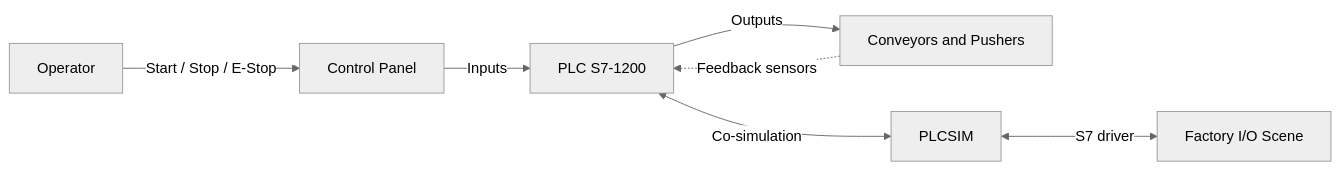
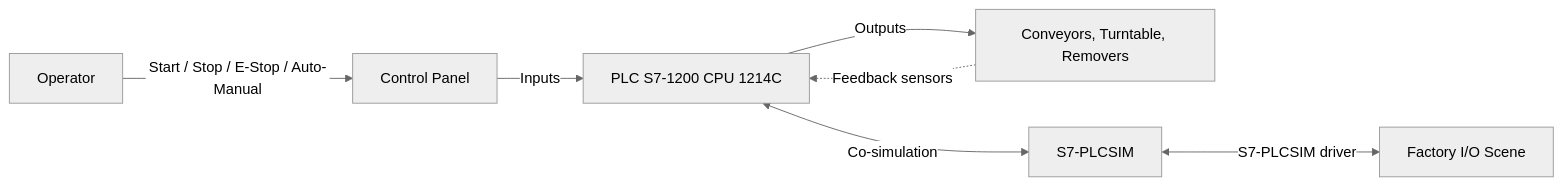
One commit to HoraEmbedded/industrial-sorting-digital-twin changed the diagram in docs/en/architecture-diagram.md. Above: the diagram before and after it, drawn with Mermaid (neutral theme). The commit also changed other lines of this file and 25 other files, not shown here.

````diff
--- a/docs/en/architecture-diagram.md
+++ b/docs/en/architecture-diagram.md
@@ -7,9 +7,9 @@
 ```mermaid
 flowchart LR
-  A[Operator] -->|Start / Stop / E-Stop| B[Control Panel]
-  B -->|Inputs| C[PLC S7-1200]
-  C -->|Outputs| D[Conveyors and Pushers]
-  C <-->|Co-simulation| E[PLCSIM]
-  E <-->|S7 driver| F[Factory I/O Scene]
+  A[Operator] -->|Start / Stop / E-Stop / Auto-Manual| B[Control Panel]
+  B -->|Inputs| C[PLC S7-1200 CPU 1214C]
+  C -->|Outputs| D[Conveyors, Turntable, Removers]
+  C <-->|Co-simulation| E[S7-PLCSIM]
+  E <-->|S7-PLCSIM driver| F[Factory I/O Scene]
   D -.->|Feedback sensors| C
 ```
````
